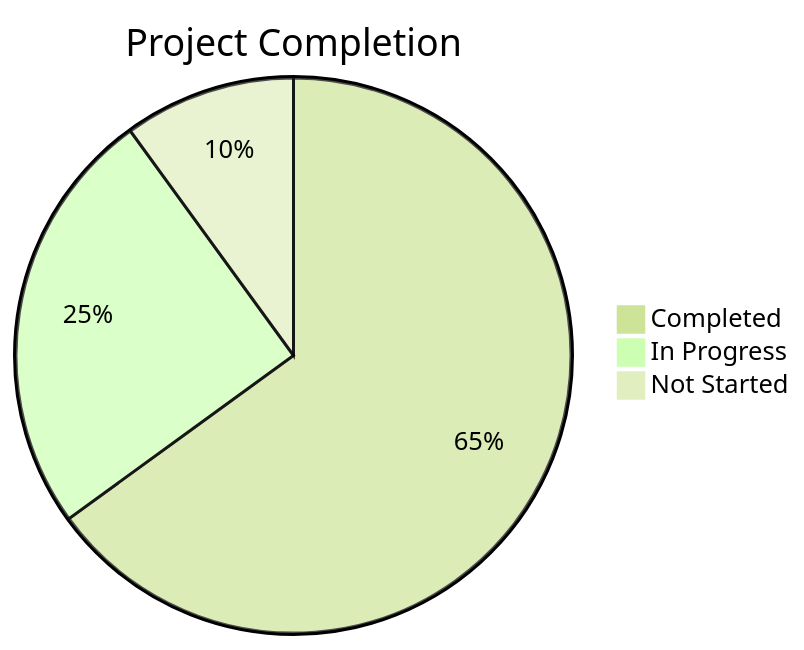
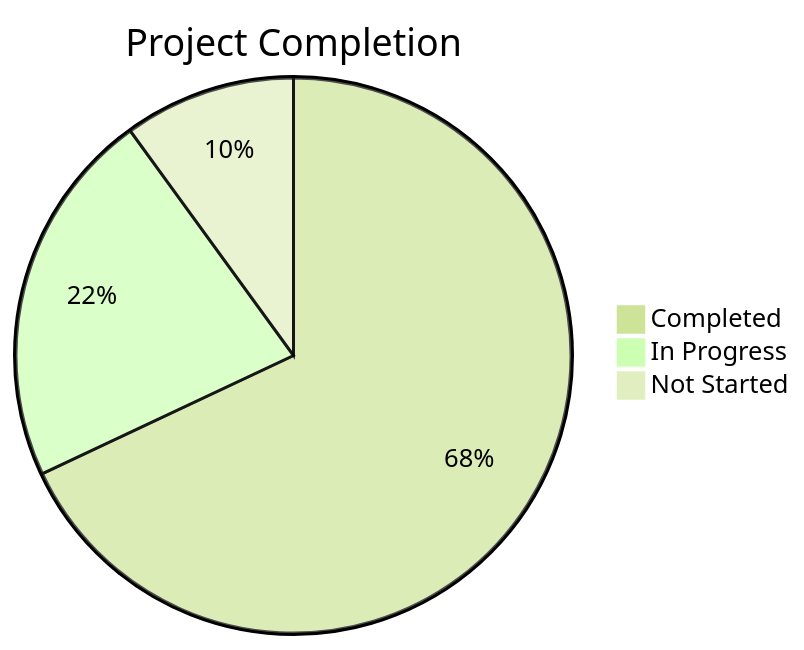
One commit to NoWakeLock/NoWakeLock changed the diagram in memory-bank/progress.md. Above: the diagram before and after it, drawn with Mermaid (forest theme). The commit also changed other lines of this file and 2 other files, not shown here.

````diff
--- a/memory-bank/progress.md
+++ b/memory-bank/progress.md
@@ -8,7 +8,7 @@
 ```mermaid
 pie
     title Project Completion
-    "Completed" : 65
-    "In Progress" : 25
+    "Completed" : 68
+    "In Progress" : 22
     "Not Started" : 10
 ```
````
